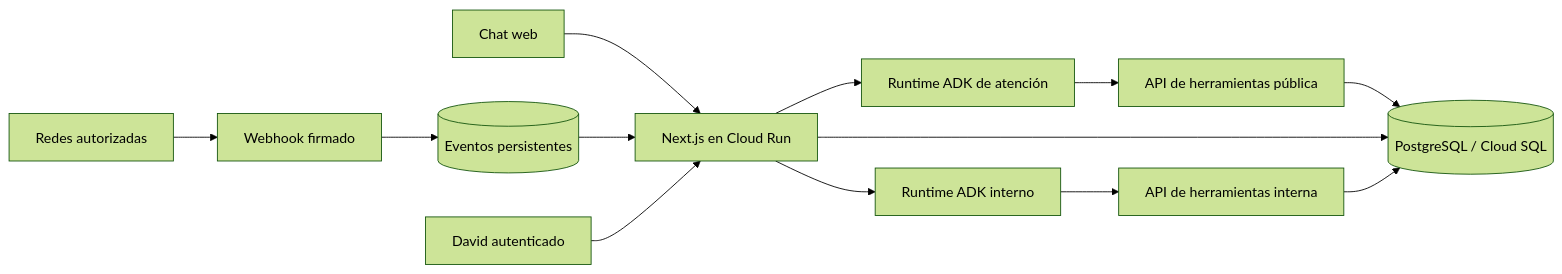
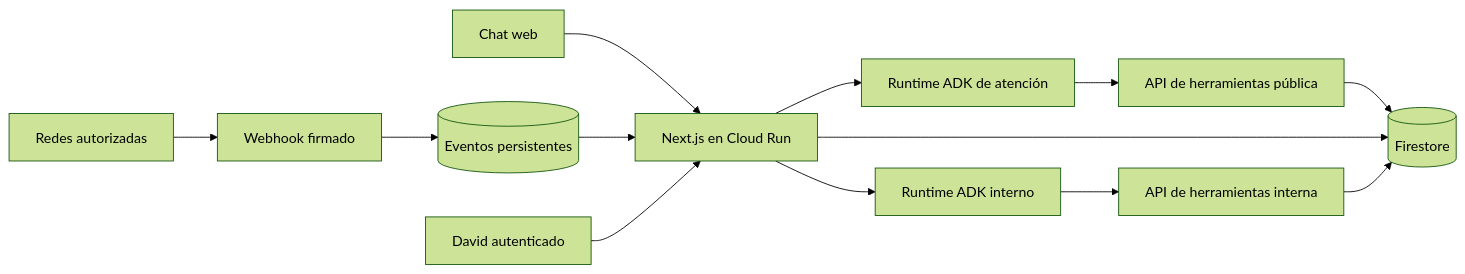
The diagram in docs/arquitectura.md (DavidCevallos15/manabit-sistema), drawn with Mermaid (forest theme) before and after one commit. The commit also changed other lines of this file and 13 other files, not shown here.

First line of the commit message:
Usar Firestore como base en Cloud Run

````diff
--- a/docs/arquitectura.md
+++ b/docs/arquitectura.md
@@ -9,15 +9,15 @@
 ```mermaid
 flowchart LR
   Web[Chat web] --> API[Next.js en Cloud Run]
   Meta[Redes autorizadas] --> WH[Webhook firmado]
   WH --> Jobs[(Eventos persistentes)]
   Jobs --> API
   API --> ADK[Runtime ADK de atención]
   ADK --> Tools[API de herramientas pública]
-  Tools --> DB[(PostgreSQL / Cloud SQL)]
+  Tools --> DB[(Firestore)]
   API --> DB
   Owner[David autenticado] --> API
   API --> Internal[Runtime ADK interno]
   Internal --> OwnerTools[API de herramientas interna]
   OwnerTools --> DB
 ```
````
